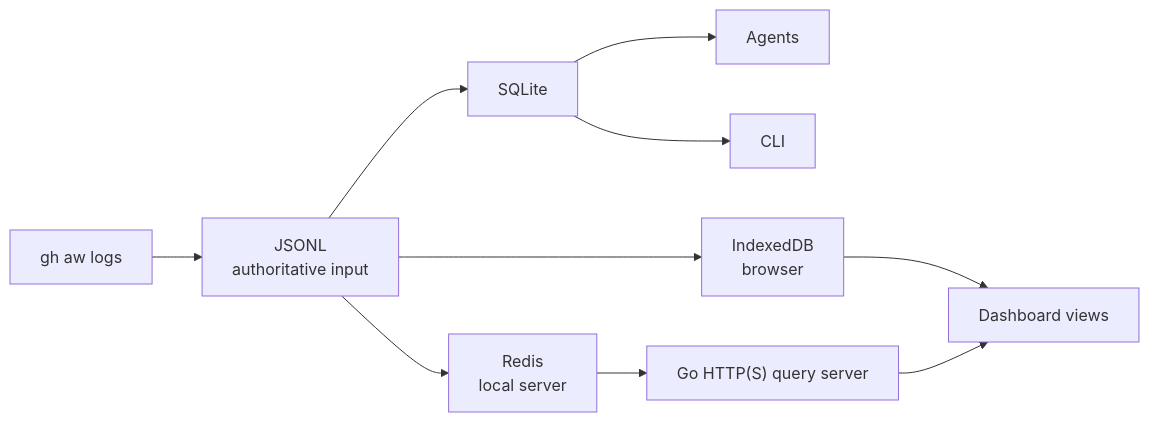
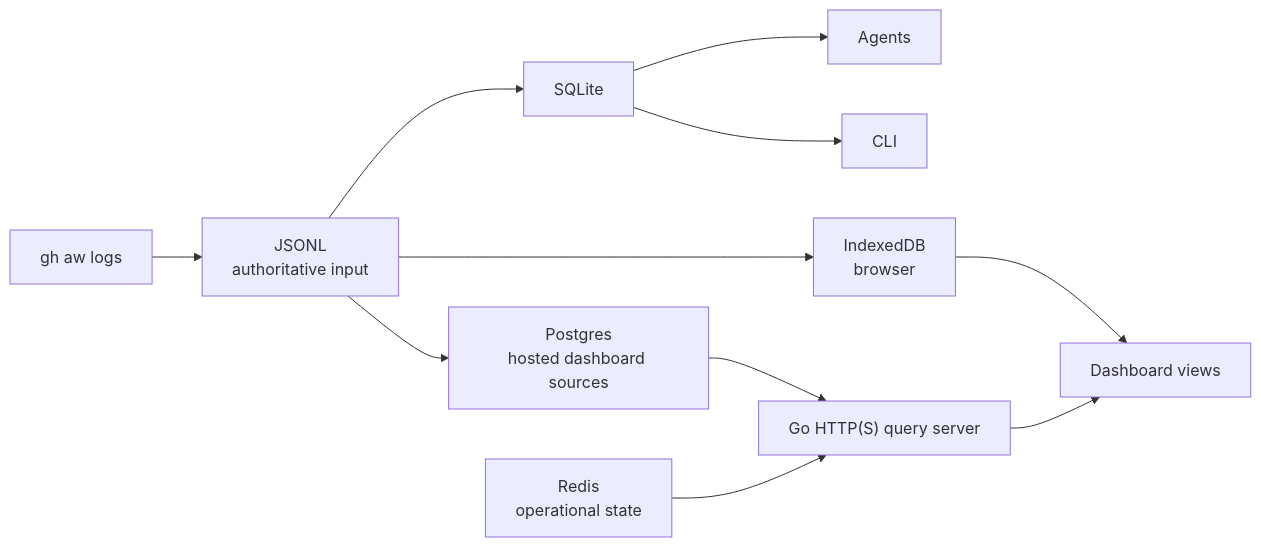
The first of 2 diagrams in specs/dashboard-data.md (bradygaster/gh-aw-cao), drawn with Mermaid before and after one commit. The commit also changed other lines of this file and 12 other files, not shown here.

````diff
--- a/specs/dashboard-data.md
+++ b/specs/dashboard-data.md
@@ -246,12 +247,13 @@
 ```mermaid
 flowchart LR
   logs["gh aw logs"] --> source["JSONL<br/>authoritative input"]
   source --> sqlite["SQLite"]
   sqlite --> agents["Agents"]
   sqlite --> cli["CLI"]
   source --> indexeddb["IndexedDB<br/>browser"]
   indexeddb --> views["Dashboard views"]
-  source --> redis["Redis<br/>local server"]
-  redis --> go["Go HTTP(S) query server"]
+  source --> postgres["Postgres<br/>hosted dashboard sources"]
+  postgres --> go["Go HTTP(S) query server"]
+  redis["Redis<br/>operational state"] --> go
   go --> views
 ```
````
